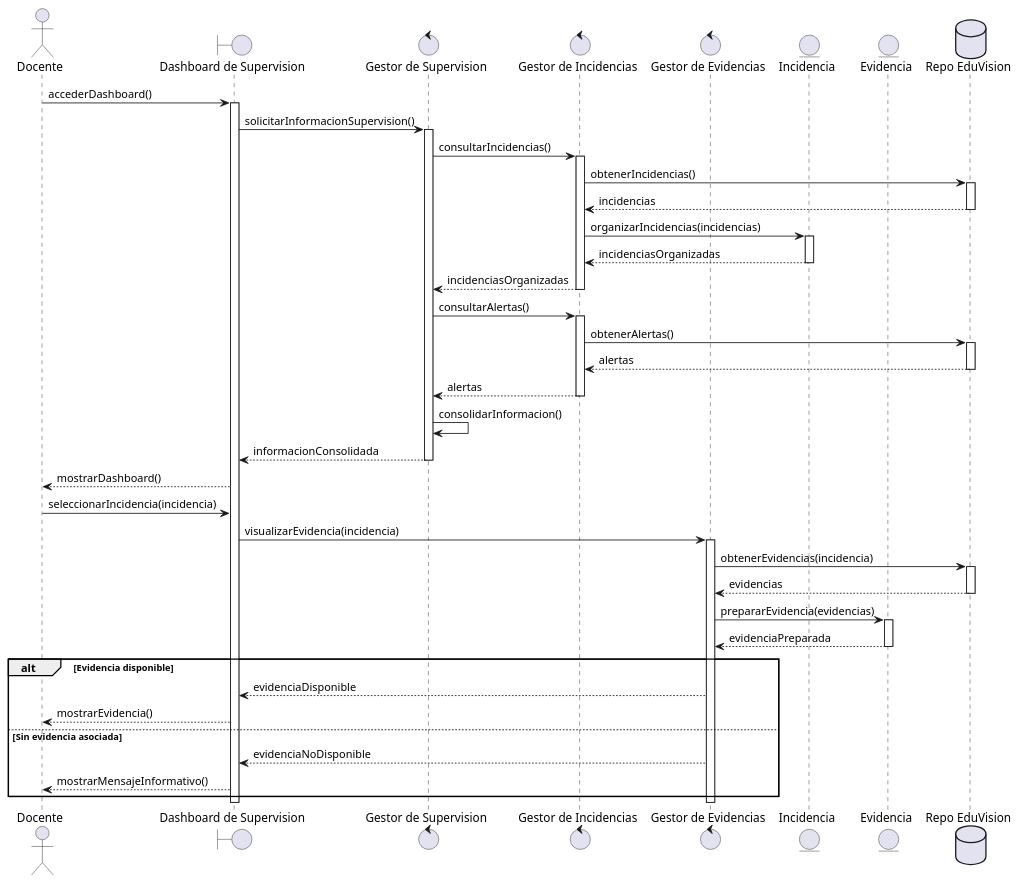
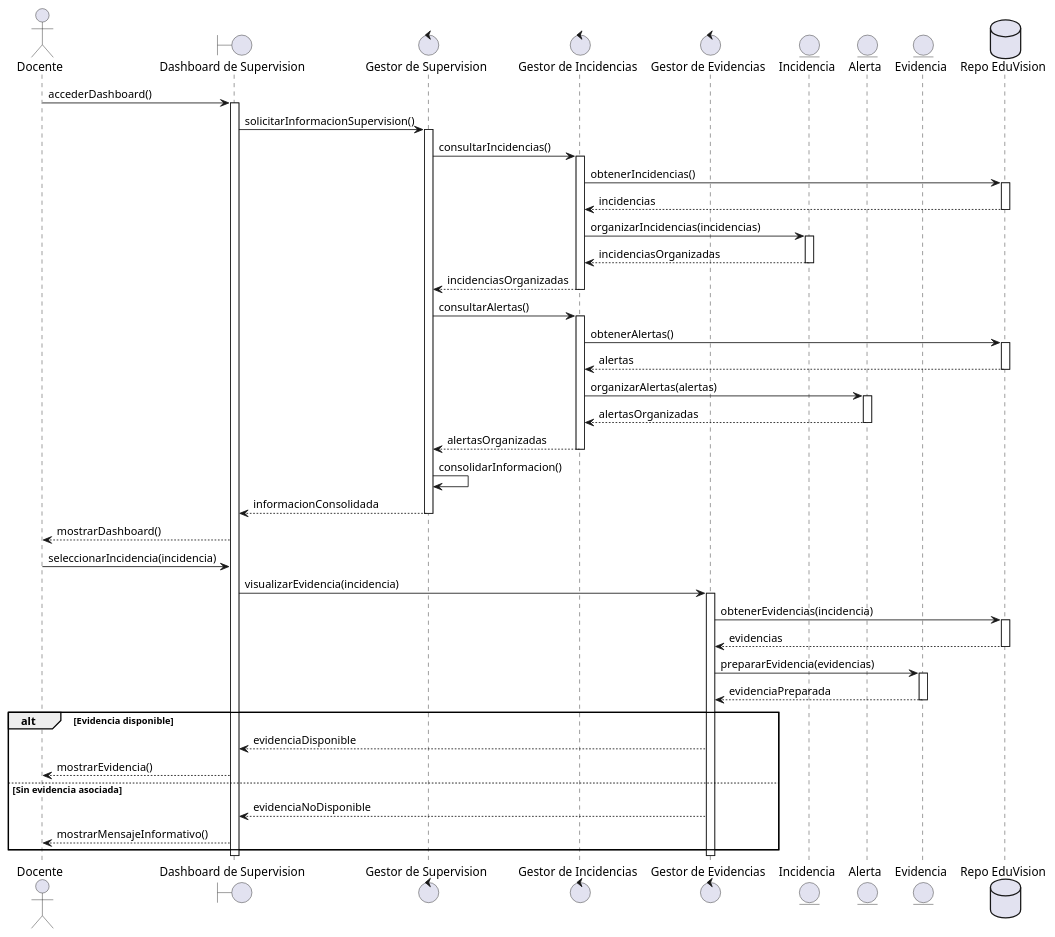
Before and after one commit to EduVisions/UML-codes: the diagram in Diagramas de secuencia/DS3.puml, drawn with PlantUML. The commit also changed 2 other files, not shown here.

```diff
--- a/Diagramas de secuencia/DS3.puml
+++ b/Diagramas de secuencia/DS3.puml
@@ -1,77 +1,83 @@
 @startuml "Visualizar dashboard de supervision"
 
 actor "Docente" as Docente
 boundary "Dashboard de Supervision" as Dashboard
 control "Gestor de Supervision" as SupervisionManager
 control "Gestor de Incidencias" as IncidentManager
 control "Gestor de Evidencias" as EvidenceManager
 entity "Incidencia" as Incident
+entity "Alerta" as Alert
 entity "Evidencia" as Evidence
 database "Repo EduVision" as Database
 
 Docente -> Dashboard : accederDashboard()
 activate Dashboard
 
 Dashboard -> SupervisionManager : solicitarInformacionSupervision()
 activate SupervisionManager
 
 SupervisionManager -> IncidentManager : consultarIncidencias()
 activate IncidentManager
 
 IncidentManager -> Database : obtenerIncidencias()
 activate Database
 Database --> IncidentManager : incidencias
 deactivate Database
 
 IncidentManager -> Incident : organizarIncidencias(incidencias)
 activate Incident
 Incident --> IncidentManager : incidenciasOrganizadas
 deactivate Incident
 
 IncidentManager --> SupervisionManager : incidenciasOrganizadas
 deactivate IncidentManager
 
 SupervisionManager -> IncidentManager : consultarAlertas()
 activate IncidentManager
 
 IncidentManager -> Database : obtenerAlertas()
 activate Database
 Database --> IncidentManager : alertas
 deactivate Database
 
-IncidentManager --> SupervisionManager : alertas
+IncidentManager -> Alert : organizarAlertas(alertas)
+activate Alert
+Alert --> IncidentManager : alertasOrganizadas
+deactivate Alert
+
+IncidentManager --> SupervisionManager : alertasOrganizadas
 deactivate IncidentManager
 
 SupervisionManager -> SupervisionManager : consolidarInformacion()
 SupervisionManager --> Dashboard : informacionConsolidada
 deactivate SupervisionManager
 
 Dashboard --> Docente : mostrarDashboard()
 
 Docente -> Dashboard : seleccionarIncidencia(incidencia)
 
 Dashboard -> EvidenceManager : visualizarEvidencia(incidencia)
 activate EvidenceManager
 
 EvidenceManager -> Database : obtenerEvidencias(incidencia)
 activate Database
 Database --> EvidenceManager : evidencias
 deactivate Database
 
 EvidenceManager -> Evidence : prepararEvidencia(evidencias)
 activate Evidence
 Evidence --> EvidenceManager : evidenciaPreparada
 deactivate Evidence
 
 alt Evidencia disponible
   EvidenceManager --> Dashboard : evidenciaDisponible
   Dashboard --> Docente : mostrarEvidencia()
 else Sin evidencia asociada
   EvidenceManager --> Dashboard : evidenciaNoDisponible
   Dashboard --> Docente : mostrarMensajeInformativo()
 end
 
 deactivate EvidenceManager
 deactivate Dashboard
 
 @enduml
```
